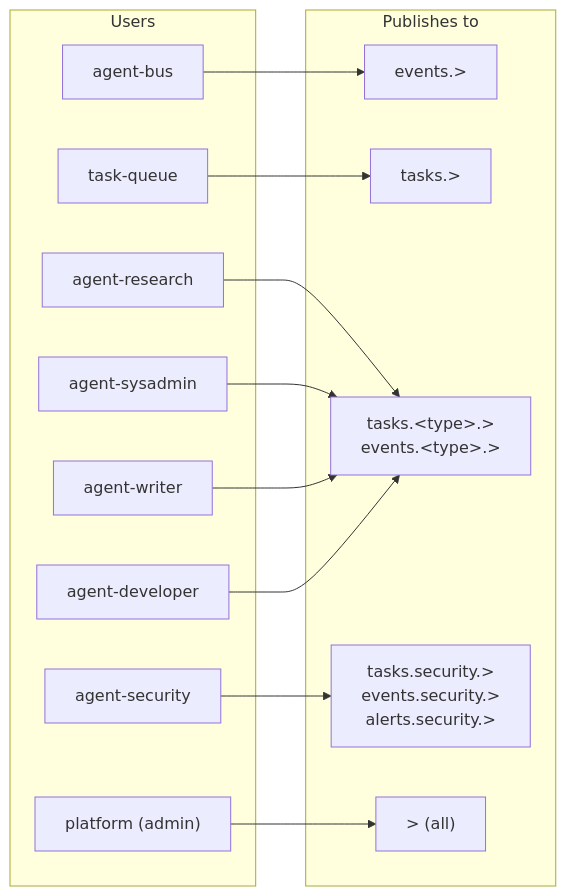
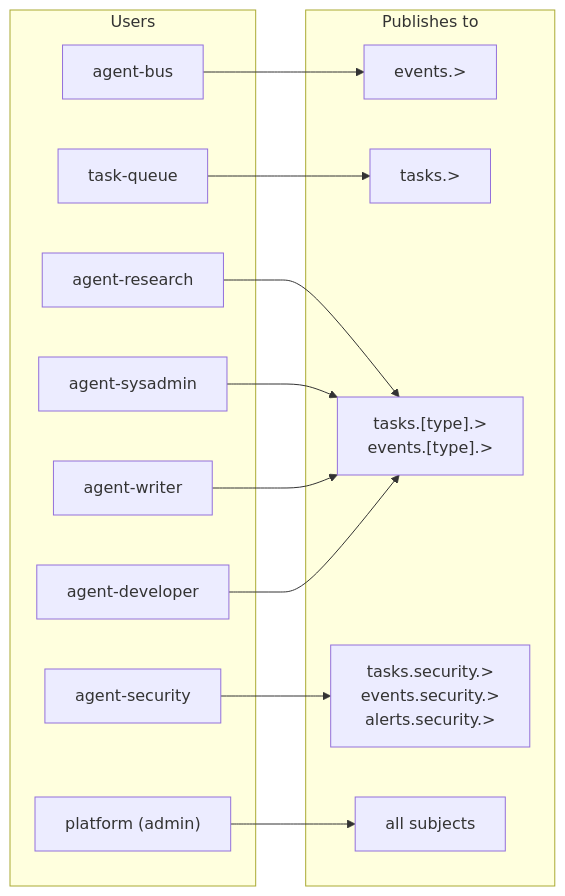
Before and after one commit to TadMSTR/homelab-agent: the second of 2 diagrams in docs/components/agent/nats.md, drawn with Mermaid. The commit also changed other lines of this file and 6 other files, not shown here.

````diff
--- a/docs/components/agent/nats.md
+++ b/docs/components/agent/nats.md
@@ -135,30 +135,30 @@
 ```mermaid
 flowchart LR
     subgraph "Publishes to"
         pub_bus["events.>"]
         pub_tq["tasks.>"]
-        pub_agent["tasks.&lt;type&gt;.>\nevents.&lt;type&gt;.>"]
+        pub_agent["tasks.[type].>\nevents.[type].>"]
         pub_security_extra["tasks.security.>\nevents.security.>\nalerts.security.>"]
-        pub_platform["&gt; (all)"]
+        pub_platform["all subjects"]
     end
 
     subgraph "Users"
         u_bus["agent-bus"]
         u_tq["task-queue"]
         u_research["agent-research"]
         u_sysadmin["agent-sysadmin"]
         u_writer["agent-writer"]
         u_developer["agent-developer"]
         u_security["agent-security"]
         u_platform["platform (admin)"]
     end
 
     u_bus --> pub_bus
     u_tq --> pub_tq
     u_research --> pub_agent
     u_sysadmin --> pub_agent
     u_writer --> pub_agent
     u_developer --> pub_agent
     u_security --> pub_security_extra
     u_platform --> pub_platform
 ```
````
